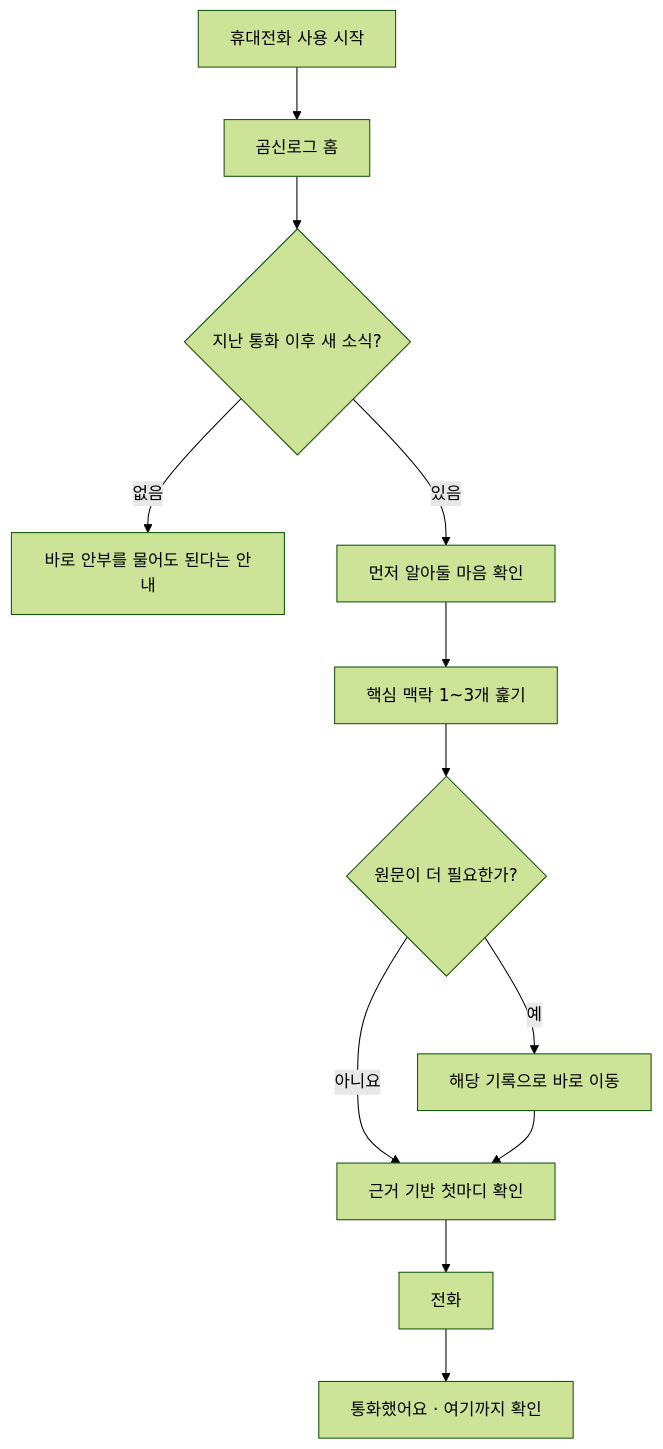
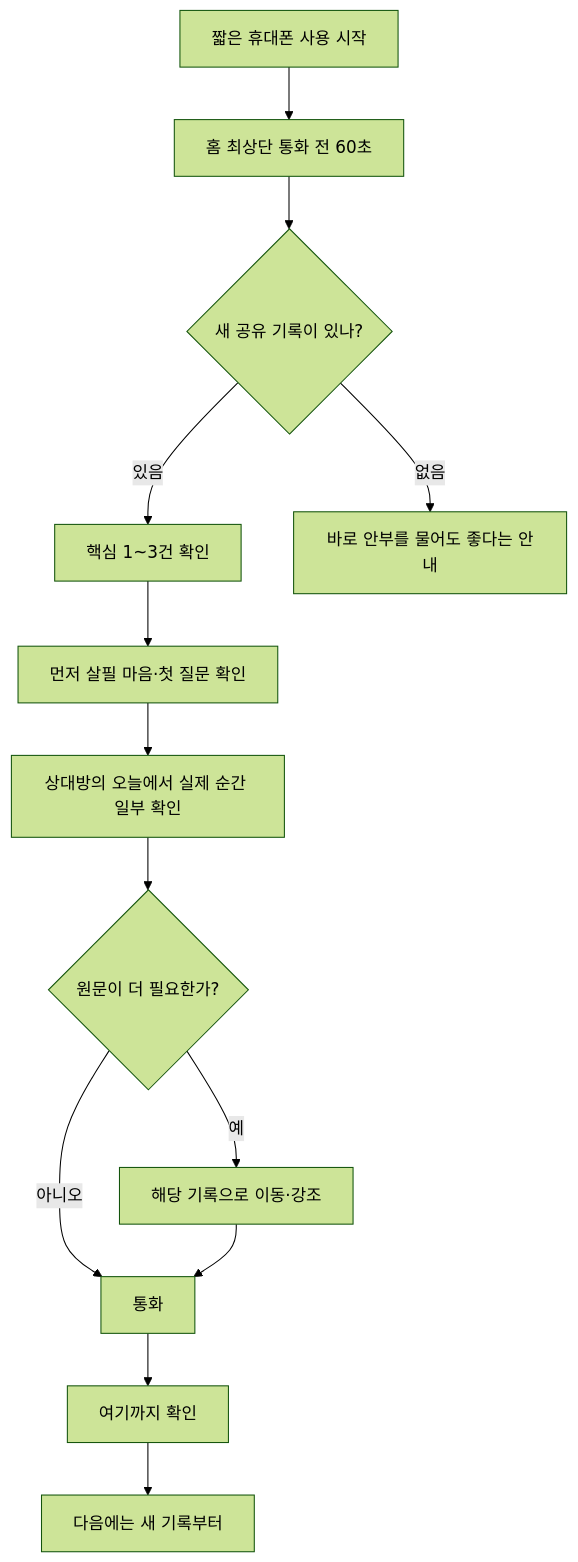
The fourth of 8 diagrams in docs/USER_FLOWS.md (yesung23/gomsin-log), drawn with Mermaid (forest theme) before and after one commit. The commit also changed other lines of this file and 25 other files, not shown here.

````diff
--- a/docs/USER_FLOWS.md
+++ b/docs/USER_FLOWS.md
@@ -38,14 +60,15 @@
 ```mermaid
 flowchart TD
-    A["휴대전화 사용 시작"] --> B["곰신로그 홈"]
-    B --> C{"지난 통화 이후 새 소식?"}
-    C -- "없음" --> D["바로 안부를 물어도 된다는 안내"]
-    C -- "있음" --> E["먼저 알아둘 마음 확인"]
-    E --> F["핵심 맥락 1~3개 훑기"]
-    F --> G{"원문이 더 필요한가?"}
-    G -- "예" --> H["해당 기록으로 바로 이동"]
-    G -- "아니요" --> I["근거 기반 첫마디 확인"]
-    H --> I
-    I --> J["전화"]
-    J --> K["통화했어요 · 여기까지 확인"]
+  A["짧은 휴대폰 사용 시작"] --> B["홈 최상단 통화 전 60초"]
+  B --> C{"새 공유 기록이 있나?"}
+  C -- "있음" --> D["핵심 1~3건 확인"]
+  D --> E["먼저 살필 마음·첫 질문 확인"]
+  E --> F["상대방의 오늘에서 실제 순간 일부 확인"]
+  F --> G{"원문이 더 필요한가?"}
+  G -- "예" --> H["해당 기록으로 이동·강조"]
+  G -- "아니오" --> I["통화"]
+  H --> I
+  I --> J["여기까지 확인"]
+  J --> K["다음에는 새 기록부터"]
+  C -- "없음" --> L["바로 안부를 물어도 좋다는 안내"]
 ```
````
